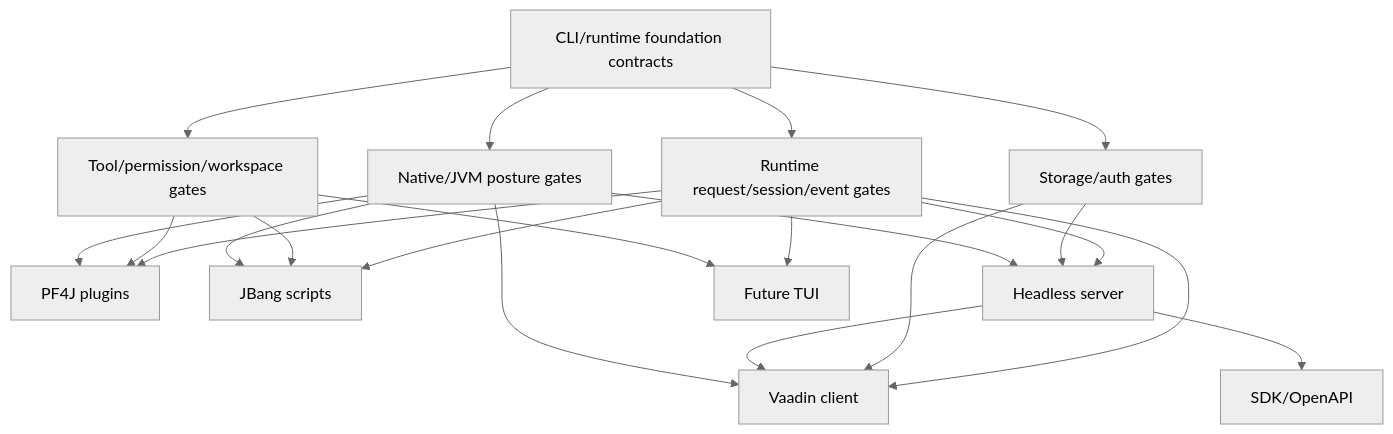
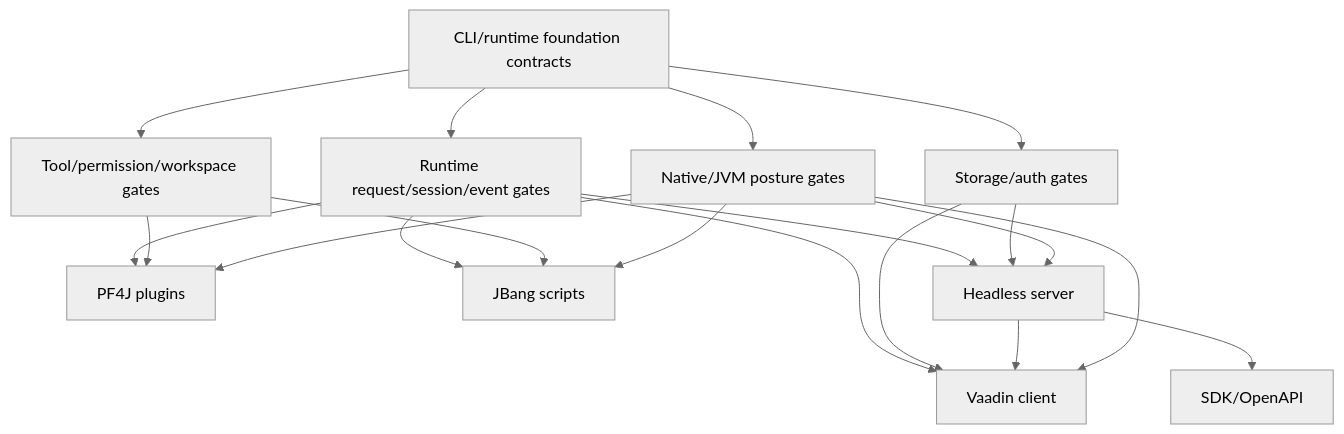
One commit to codegeist-ai/codegeist changed the diagram in docs/developer/specification/extension-client-readiness-gates.md. Above: the diagram before and after it, drawn with Mermaid (neutral theme). The commit also changed other lines of this file and 6 other files, not shown here.

````diff
--- a/docs/developer/specification/extension-client-readiness-gates.md
+++ b/docs/developer/specification/extension-client-readiness-gates.md
@@ -55,34 +55,32 @@
 ```mermaid
 flowchart TD
     Foundation[CLI/runtime foundation contracts]
     Runtime[Runtime request/session/event gates]
     Tool[Tool/permission/workspace gates]
     Storage[Storage/auth gates]
     Native[Native/JVM posture gates]
 
     Foundation --> Runtime
     Foundation --> Tool
     Foundation --> Storage
     Foundation --> Native
 
     Runtime --> PF4J[PF4J plugins]
     Tool --> PF4J
     Native --> PF4J
 
     Runtime --> JBang[JBang scripts]
     Tool --> JBang
     Native --> JBang
 
     Runtime --> Server[Headless server]
     Storage --> Server
     Native --> Server
 
     Runtime --> Vaadin[Vaadin client]
     Storage --> Vaadin
     Server --> Vaadin
     Native --> Vaadin
 
     Server --> SDK[SDK/OpenAPI]
-    Runtime --> TUI[Future TUI]
-    Tool --> TUI
 ```
````
